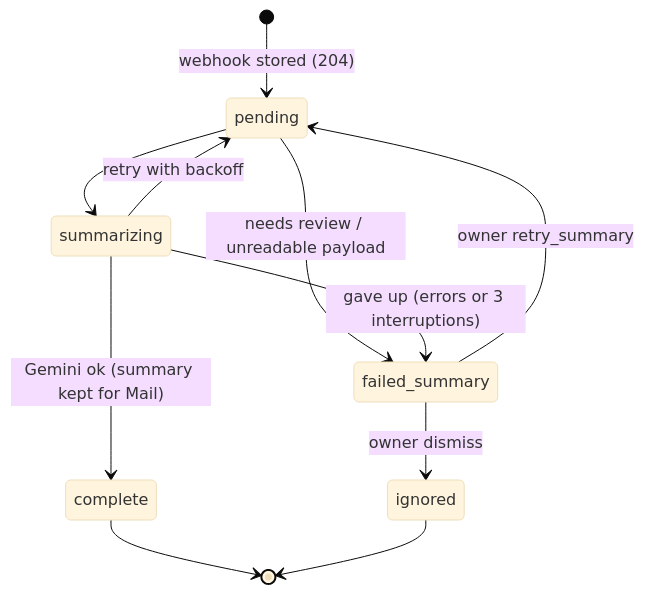
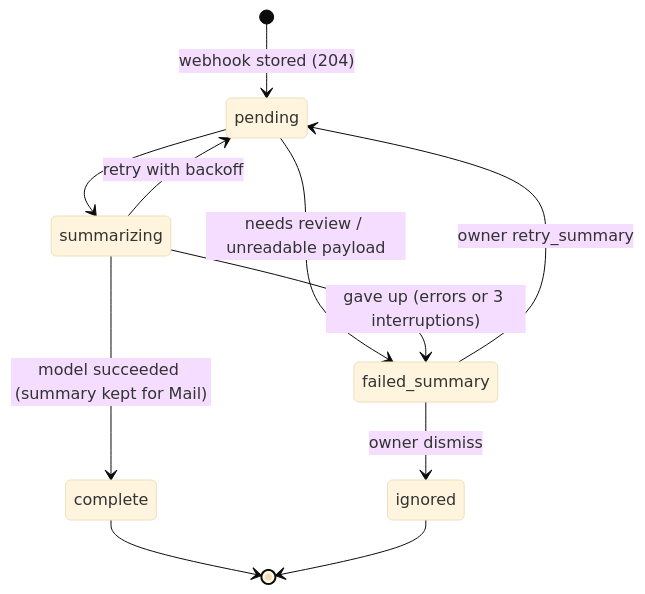
The second of 2 diagrams in todofy/architecture-diagram.md (ziyixi/todofy), drawn with Mermaid (base theme) before and after one commit. The commit also changed other lines of this file and 351 other files, not shown here.

````diff
--- a/todofy/architecture-diagram.md
+++ b/todofy/architecture-diagram.md
@@ -55,13 +55,13 @@
 ```mermaid
 stateDiagram-v2
     [*] --> pending: webhook stored (204)
     pending --> summarizing
     pending --> failed_summary: needs review / unreadable payload
-    summarizing --> complete: Gemini ok (summary kept for Mail)
+    summarizing --> complete: model succeeded (summary kept for Mail)
     summarizing --> pending: retry with backoff
     summarizing --> failed_summary: gave up (errors or 3 interruptions)
     failed_summary --> pending: owner retry_summary
     failed_summary --> ignored: owner dismiss
     complete --> [*]
     ignored --> [*]
 ```
````
